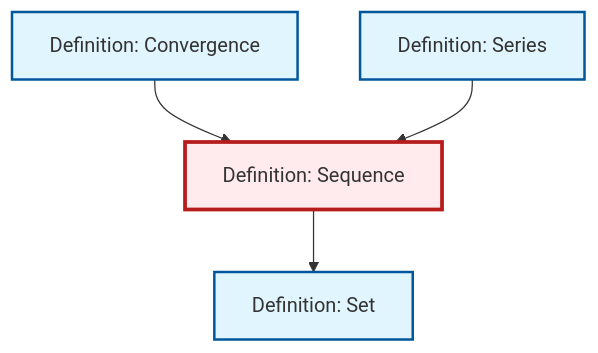
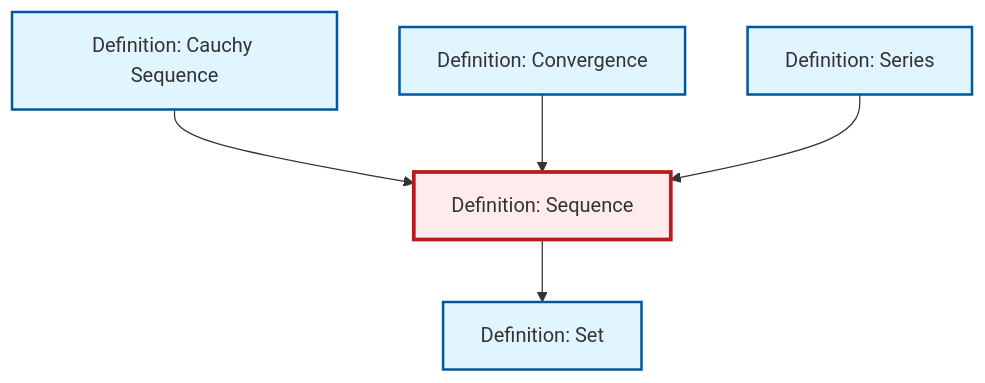
The diagram in content/en/analysis/def-sequence.qmd (RK0429/ModernMath), drawn with Mermaid before and after one commit. The commit also changed 531 other files, not shown here.

````diff
--- a/content/en/analysis/def-sequence.qmd
+++ b/content/en/analysis/def-sequence.qmd
@@ -75,20 +75,23 @@
 ```{mermaid}
 %%| fig-cap: "Local dependency graph"
 graph TD
     classDef definition fill:#e1f5fe,stroke:#01579b,stroke-width:2px
     classDef theorem fill:#f3e5f5,stroke:#4a148c,stroke-width:2px
     classDef axiom fill:#fff3e0,stroke:#e65100,stroke-width:2px
     classDef example fill:#e8f5e9,stroke:#1b5e20,stroke-width:2px
     classDef current fill:#ffebee,stroke:#b71c1c,stroke-width:3px
     def-set["Definition: Set"]:::definition
     def-sequence["Definition: Sequence"]:::definition
     def-series["Definition: Series"]:::definition
     def-convergence["Definition: Convergence"]:::definition
+    def-cauchy-sequence["Definition: Cauchy Sequence"]:::definition
+    def-cauchy-sequence --> def-sequence
+    def-sequence --> def-set
     def-convergence --> def-sequence
     def-series --> def-sequence
-    def-sequence --> def-set
     class def-sequence current
     click def-set "def-set.html" "Go to Set definition"
     click def-series "def-series.html" "Go to Series definition"
     click def-convergence "def-convergence.html" "Go to Convergence definition"
+    click def-cauchy-sequence "def-cauchy-sequence.html" "Go to Cauchy Sequence definition"
 ```
````
